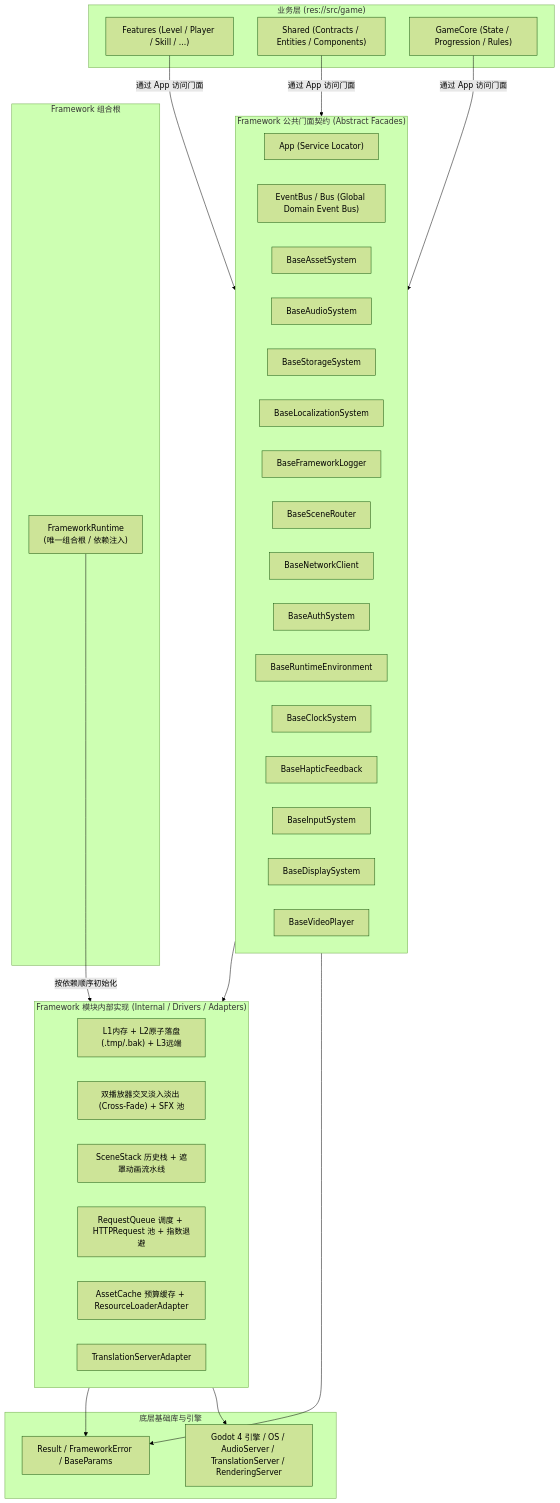
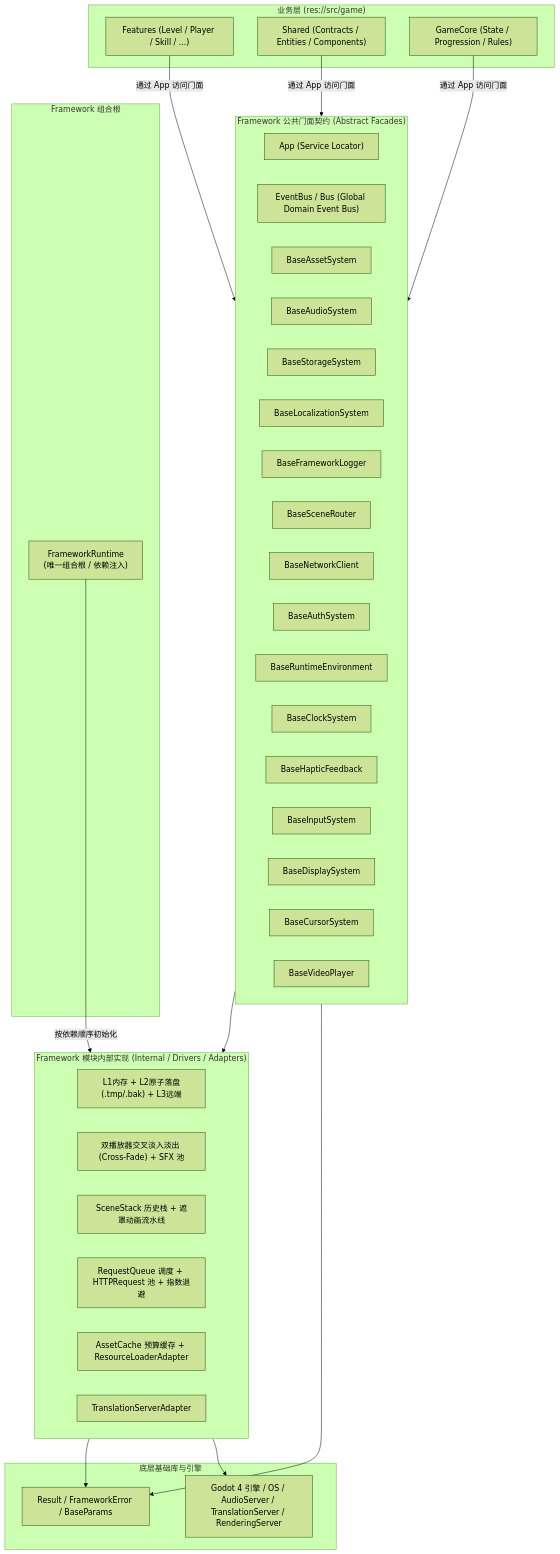
Before and after one commit to krace-tx/slacker-survivors: the diagram in src/framework/_doc_framework.md, drawn with Mermaid (forest theme). The commit also changed other lines of this file and 248 other files, not shown here.

````diff
--- a/src/framework/_doc_framework.md
+++ b/src/framework/_doc_framework.md
@@ -18,54 +18,55 @@
 ```mermaid
 flowchart TD
 		subgraph GameLayer["业务层 (res://src/game)"]
 		Features["Features (Level / Player / Skill / ...)"]
 		Shared["Shared (Contracts / Entities / Components)"]
 		Core["GameCore (State / Progression / Rules)"]
 	end
 
 	subgraph FrameworkFacades["Framework 公共门面契约 (Abstract Facades)"]
 		AppLocator["App (Service Locator)"]
 		EventBus["EventBus / Bus (Global Domain Event Bus)"]
 		AssetFace["BaseAssetSystem"]
 		AudioFace["BaseAudioSystem"]
 		StorageFace["BaseStorageSystem"]
 		LocaleFace["BaseLocalizationSystem"]
 		LogFace["BaseFrameworkLogger"]
 		SceneFace["BaseSceneRouter"]
 		NetFace["BaseNetworkClient"]
 		AuthFace["BaseAuthSystem"]
 		EnvFace["BaseRuntimeEnvironment"]
 		ClockFace["BaseClockSystem"]
 		HapticFace["BaseHapticFeedback"]
 		InputFace["BaseInputSystem"]
 		DisplayFace["BaseDisplaySystem"]
+		CursorFace["BaseCursorSystem"]
 		VideoFace["BaseVideoPlayer"]
 	end
 
 	subgraph FrameworkInternal["Framework 模块内部实现 (Internal / Drivers / Adapters)"]
 		StorageImpl["L1内存 + L2原子落盘(.tmp/.bak) + L3远端"]
 		AudioImpl["双播放器交叉淡入淡出 (Cross-Fade) + SFX 池"]
 		SceneImpl["SceneStack 历史栈 + 遮罩动画流水线"]
 		NetImpl["RequestQueue 调度 + HTTPRequest 池 + 指数退避"]
 		AssetImpl["AssetCache 预算缓存 + ResourceLoaderAdapter"]
 		LocaleImpl["TranslationServerAdapter"]
 	end
 
 	subgraph CompositionRoot["Framework 组合根"]
 		Runtime["FrameworkRuntime\n(唯一组合根 / 依赖注入)"]
 	end
 
 	subgraph Foundation["底层基础库与引擎"]
 		CoreFoundation["Result / FrameworkError / BaseParams"]
 		Engine["Godot 4 引擎 / OS / AudioServer / TranslationServer / RenderingServer"]
 	end
 
 	Features -->|通过 App 访问门面| FrameworkFacades
 	Shared -->|通过 App 访问门面| FrameworkFacades
 	Core -->|通过 App 访问门面| FrameworkFacades
 	Runtime -->|按依赖顺序初始化| FrameworkInternal
 	FrameworkFacades --> FrameworkInternal
 	FrameworkFacades --> CoreFoundation
 	FrameworkInternal --> CoreFoundation
 	FrameworkInternal --> Engine
 ```
````
